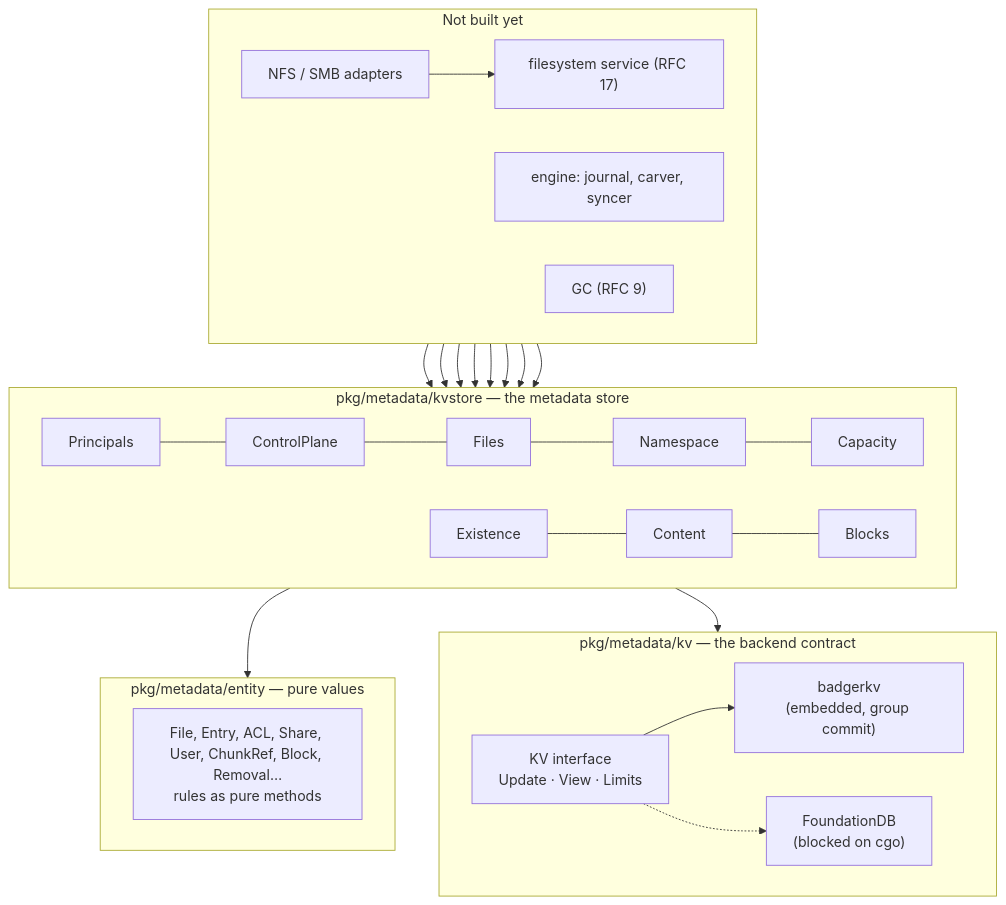
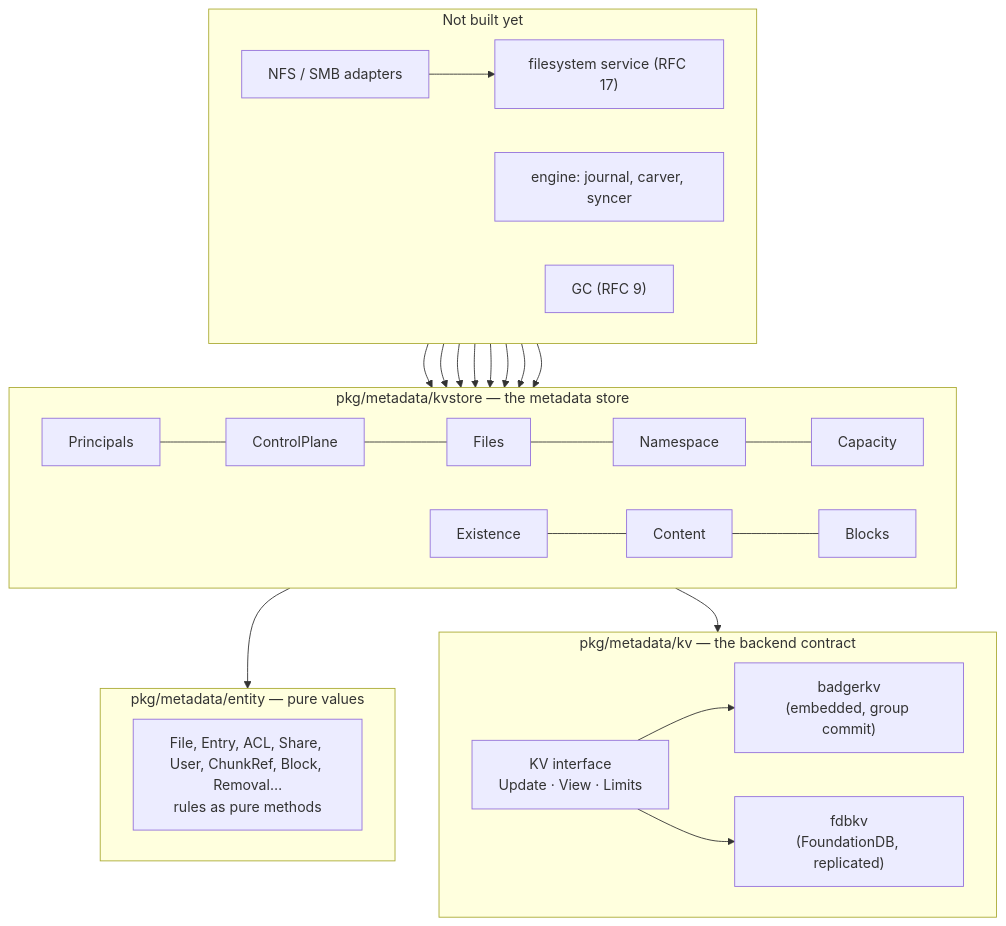
Before and after one commit to marmos91/dittofs: the first of 12 diagrams in docs/internals/kv-layer-guide.md, drawn with Mermaid. The commit also changed other lines of this file, not shown here.

Commit message:
docs(metadata): the guide covers the FoundationDB backend, its speed, and why the disk runs slow down

````diff
--- a/docs/internals/kv-layer-guide.md
+++ b/docs/internals/kv-layer-guide.md
@@ -13,27 +13,27 @@
 ```mermaid
 flowchart TB
   subgraph future["Not built yet"]
     direction LR
     ad["NFS / SMB adapters"] --> vfs["filesystem service (RFC 17)"]
     eng["engine: journal, carver, syncer"]
     gc["GC (RFC 9)"]
   end
   subgraph kvstore["pkg/metadata/kvstore — the metadata store"]
     direction LR
     pr["Principals"] --- cp["ControlPlane"] --- fi["Files"] --- ns["Namespace"] --- ca["Capacity"]
     ex["Existence"] --- co["Content"] --- bl["Blocks"]
   end
   subgraph entity["pkg/metadata/entity — pure values"]
     en["File, Entry, ACL, Share, User, ChunkRef, Block, Removal…<br/>rules as pure methods"]
   end
   subgraph kv["pkg/metadata/kv — the backend contract"]
     direction LR
     kvi["KV interface<br/>Update · View · Limits"] --> badger["badgerkv<br/>(embedded, group commit)"]
-    kvi -.-> fdb["FoundationDB<br/>(blocked on cgo)"]
+    kvi --> fdb["fdbkv<br/>(FoundationDB, replicated)"]
   end
   vfs --> pr & fi & ns & cp & ca
   eng --> ex & co
   gc --> bl
   kvstore --> entity
   kvstore --> kvi
 ```
````
